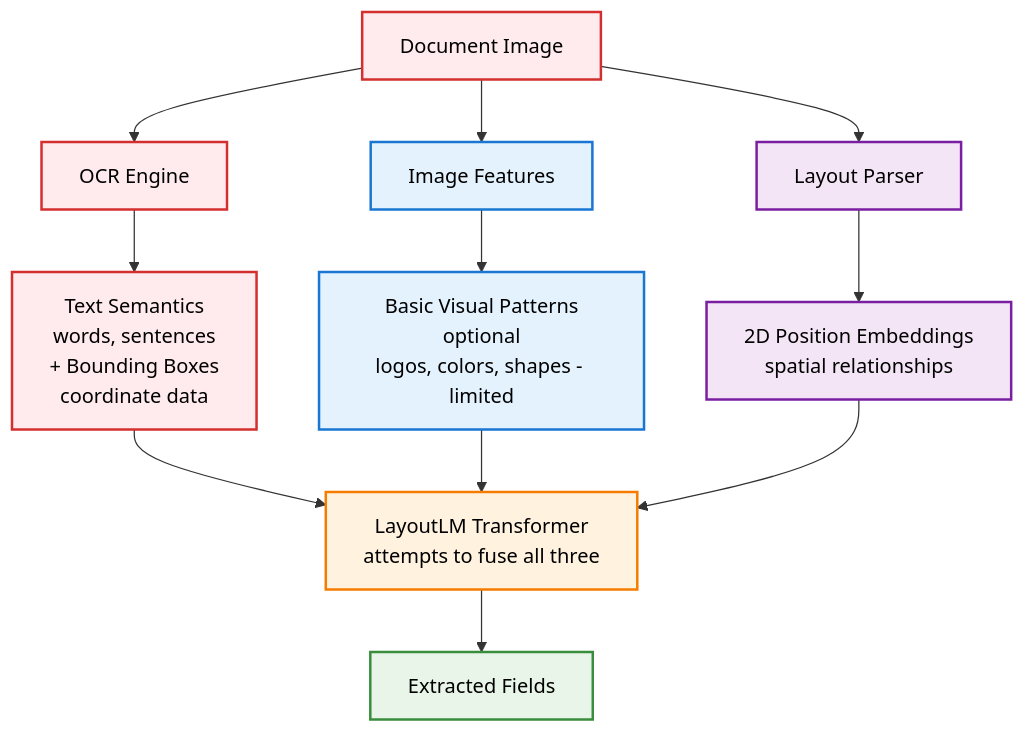
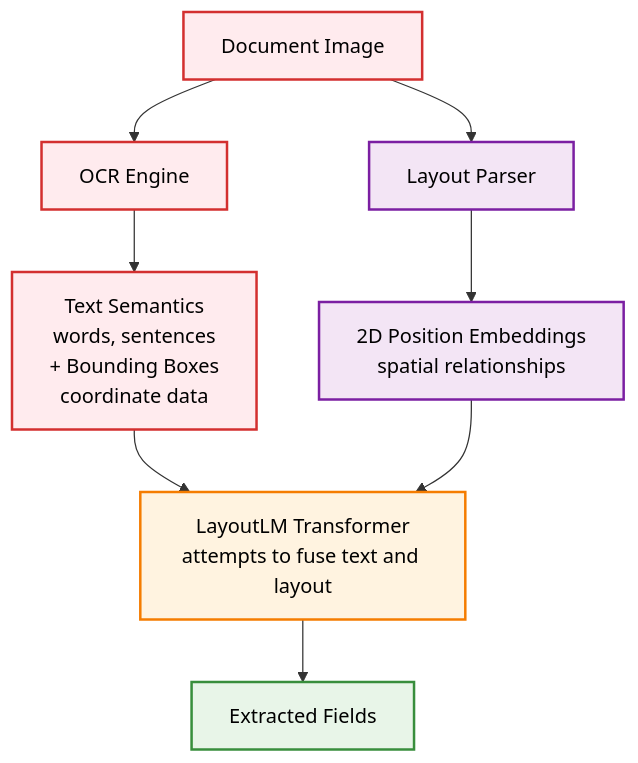
Before and after one commit to tmnestor/unified_vision_processor_minimal: the diagram in presentation_materials/presentation_diagrams/mermaid_exports/LayoutLM_Detailed_Architecture.mmd, drawn with Mermaid. The commit also changed 1 other file, not shown here.

Commit message:
✨ feat: refine LayoutLM architecture diagram by removing redundant elements and clarifying fusion process

```diff
--- a/presentation_materials/presentation_diagrams/mermaid_exports/LayoutLM_Detailed_Architecture.mmd
+++ b/presentation_materials/presentation_diagrams/mermaid_exports/LayoutLM_Detailed_Architecture.mmd
@@ -1,29 +1,25 @@
 graph TD
     A[Document Image] --> B1[OCR Engine]
-    A --> B2[Image Features]
     A --> B3[Layout Parser]
     
     B1 --> C1[Text Semantics<br/>words, sentences<br/>+ Bounding Boxes<br/>coordinate data]
     
-    B2 --> C2[Basic Visual Patterns<br/>optional<br/>logos, colors, shapes - limited]
     
     B3 --> C3[2D Position Embeddings<br/>spatial relationships]
     
-    C1 --> D[LayoutLM Transformer<br/>attempts to fuse all three]
-    C2 --> D
+    C1 --> D[LayoutLM Transformer<br/>attempts to fuse text and layout]
     C3 --> D
     
     D --> E[Extracted Fields]
     
     %% Styling for different streams
     classDef ocrStream fill:#ffebee,stroke:#d32f2f,stroke-width:2px,color:#000
     classDef imageStream fill:#e3f2fd,stroke:#1976d2,stroke-width:2px,color:#000
     classDef layoutStream fill:#f3e5f5,stroke:#7b1fa2,stroke-width:2px,color:#000
     classDef fusion fill:#fff3e0,stroke:#f57c00,stroke-width:2px,color:#000
     classDef output fill:#e8f5e8,stroke:#388e3c,stroke-width:2px,color:#000
     
     class A,B1,C1 ocrStream
-    class B2,C2 imageStream
     class B3,C3 layoutStream
     class D fusion
     class E output
```
